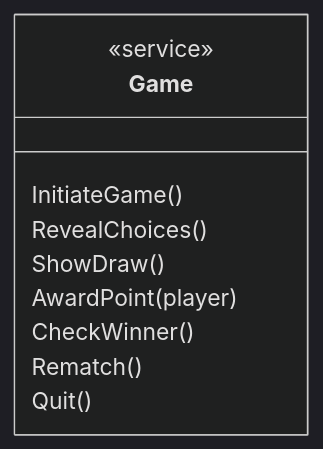
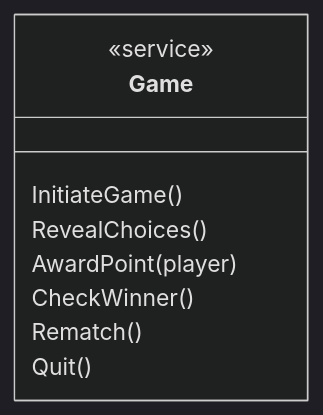
The fifth of 6 diagrams in README.md (Icarusoncloud9/Rock-Paper-Scissors), drawn with Mermaid (dark theme) before and after one commit. The commit also changed other lines of this file and 6 other files, not shown here.

````diff
--- a/README.md
+++ b/README.md
@@ -136,14 +135,13 @@
 ```mermaid
 classDiagram
 class Game {
     <<service>>
     
     InitiateGame()
     RevealChoices()
-    ShowDraw()
     AwardPoint(player)
     CheckWinner()
     Rematch()
     Quit()
 }
 ```
````
